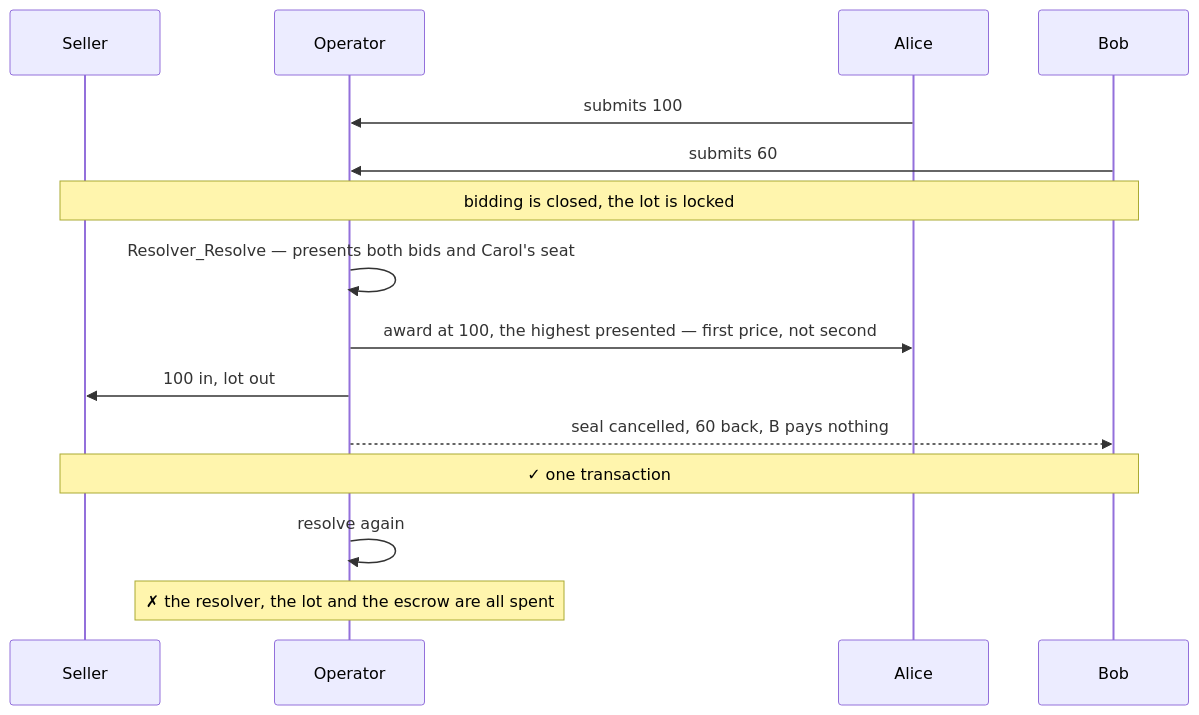
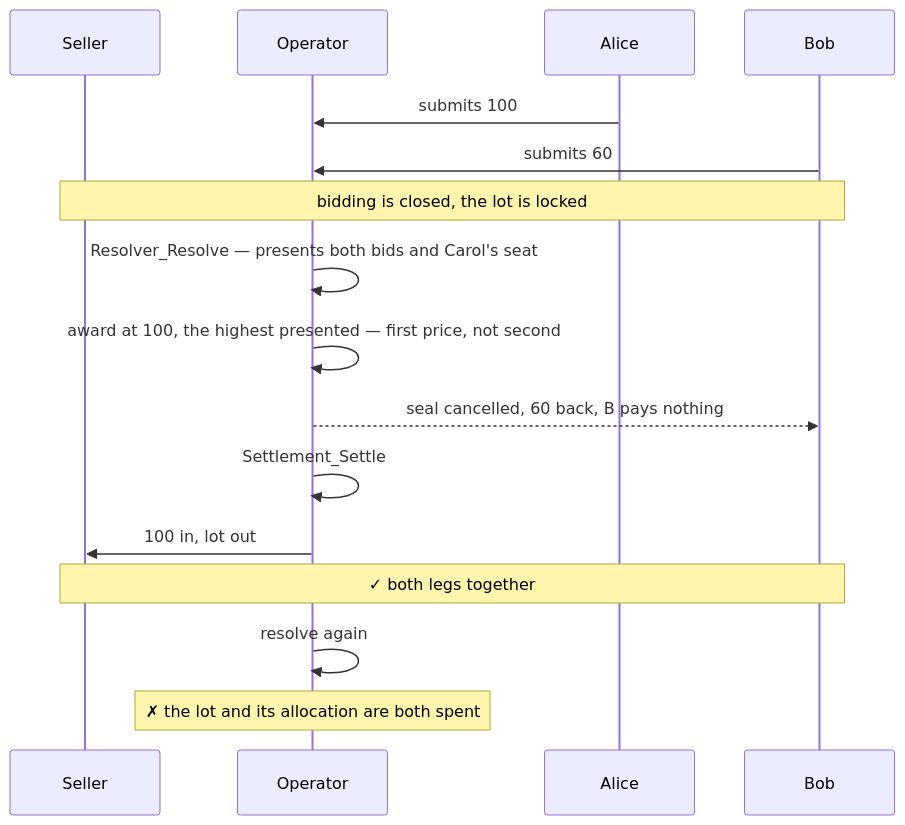
One commit to unlockitio/concordia changed the second of 4 diagrams in examples/auctions/sealed-bid-first-price/DEMOS.md. Above: the diagram before and after it, drawn with Mermaid. The commit also changed other lines of this file and 42 other files, not shown here.

````diff
--- a/examples/auctions/sealed-bid-first-price/DEMOS.md
+++ b/examples/auctions/sealed-bid-first-price/DEMOS.md
@@ -187,20 +126,22 @@
 ```mermaid
 sequenceDiagram
     participant S as Seller
     participant O as Operator
     participant A as Alice
     participant B as Bob
 
     A->>O: submits 100
     B->>O: submits 60
     Note over S,B: bidding is closed, the lot is locked
 
     O->>O: Resolver_Resolve — presents both bids and Carol's seat
-    O->>A: award at 100, the highest presented — first price, not second
+    O->>O: award at 100, the highest presented — first price, not second
+    O-->>B: seal cancelled, 60 back, B pays nothing
+
+    O->>O: Settlement_Settle
     O->>S: 100 in, lot out
-    O-->>B: seal cancelled, 60 back, B pays nothing
-    Note over S,B: ✓ one transaction
+    Note over S,B: ✓ both legs together
 
     O->>O: resolve again
-    Note over O: ✗ the resolver, the lot and the escrow are all spent
+    Note over O: ✗ the lot and its allocation are both spent
 ```
````
